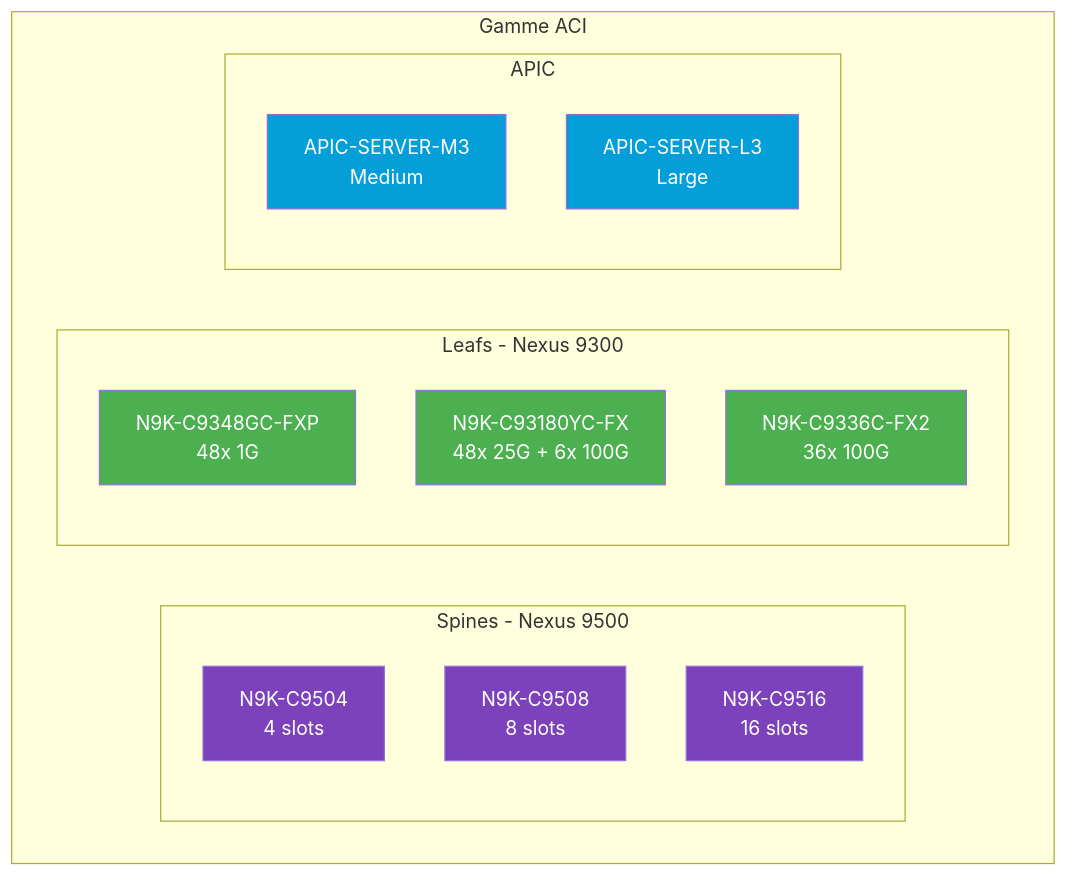
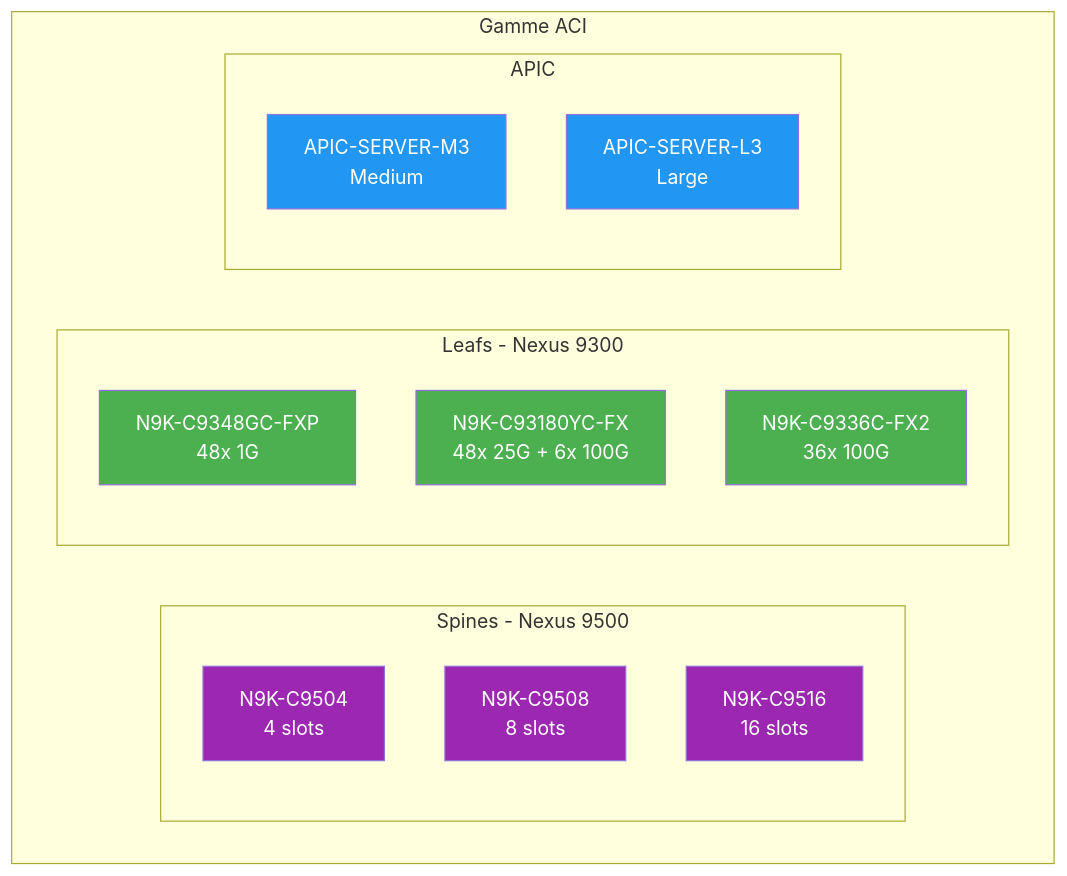
One commit to VBlackJack/ShellBook changed the sixth of 15 diagrams in docs/formations/terraform-aci/02-module.md. Above: the diagram before and after it, drawn with Mermaid. The commit also changed other lines of this file and 337 other files, not shown here.

First line of the commit message:
refactor(docs): Standardize code blocks and Mermaid colors

````diff
--- a/docs/formations/terraform-aci/02-module.md
+++ b/docs/formations/terraform-aci/02-module.md
@@ -242,30 +242,30 @@
 ```mermaid
 graph TB
     subgraph "Gamme ACI"
         subgraph "Spines - Nexus 9500"
             N9504["N9K-C9504<br/>4 slots"]
             N9508["N9K-C9508<br/>8 slots"]
             N9516["N9K-C9516<br/>16 slots"]
         end
 
         subgraph "Leafs - Nexus 9300"
             N9348["N9K-C9348GC-FXP<br/>48x 1G"]
             N93180["N9K-C93180YC-FX<br/>48x 25G + 6x 100G"]
             N9336["N9K-C9336C-FX2<br/>36x 100G"]
         end
 
         subgraph "APIC"
             APIC_M["APIC-SERVER-M3<br/>Medium"]
             APIC_L["APIC-SERVER-L3<br/>Large"]
         end
     end
 
-    style N9504 fill:#7b42bc,color:#fff
-    style N9508 fill:#7b42bc,color:#fff
-    style N9516 fill:#7b42bc,color:#fff
+    style N9504 fill:#9C27B0,color:#fff
+    style N9508 fill:#9C27B0,color:#fff
+    style N9516 fill:#9C27B0,color:#fff
     style N93180 fill:#4caf50,color:#fff
     style N9348 fill:#4caf50,color:#fff
     style N9336 fill:#4caf50,color:#fff
-    style APIC_M fill:#049fd9,color:#fff
-    style APIC_L fill:#049fd9,color:#fff
+    style APIC_M fill:#2196F3,color:#fff
+    style APIC_L fill:#2196F3,color:#fff
 ```
````
